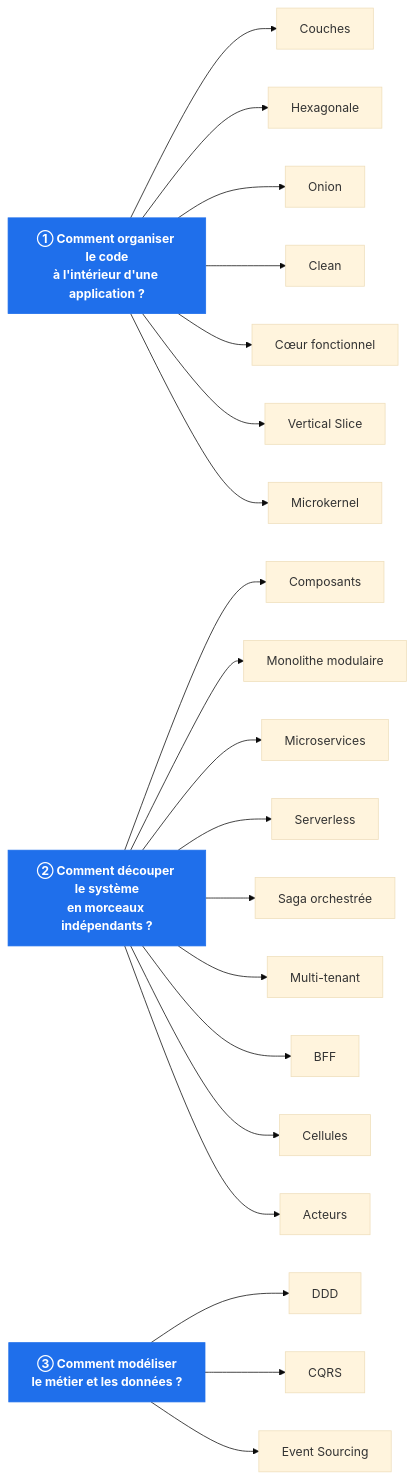
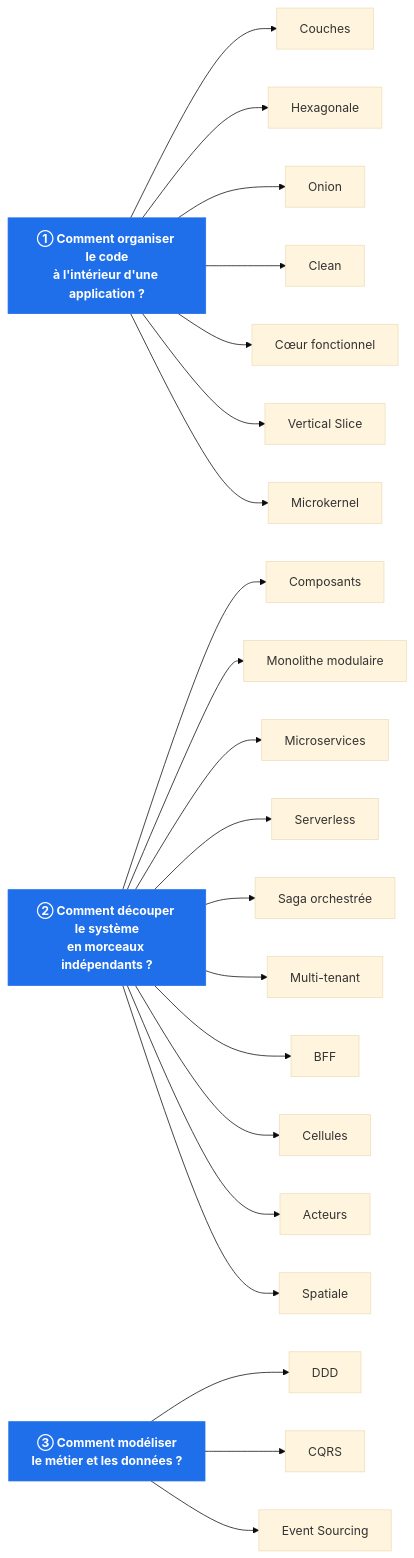
The first of 4 diagrams in Docs/README.md (drangoht/ArchitecturesDemo), drawn with Mermaid (base theme) before and after one commit. The commit also changed other lines of this file and 27 other files, not shown here.

First line of the commit message:
Ajoute la démo Architecture spatiale (space-based)

````diff
--- a/Docs/README.md
+++ b/Docs/README.md
@@ -45,31 +46,32 @@
 ```mermaid
 flowchart LR
     Q1["<b>① Comment organiser le code<br/>à l'intérieur d'une application ?</b>"]
     Q2["<b>② Comment découper le système<br/>en morceaux indépendants ?</b>"]
     Q3["<b>③ Comment modéliser<br/>le métier et les données ?</b>"]
 
     Q1 --> C0["Couches"]
     Q1 --> C1["Hexagonale"]
     Q1 --> C2["Onion"]
     Q1 --> C3["Clean"]
     Q1 --> C4["Cœur fonctionnel"]
     Q1 --> C5["Vertical Slice"]
     Q1 --> C13["Microkernel"]
 
     Q2 --> D6["Composants"]
     Q2 --> D7["Monolithe modulaire"]
     Q2 --> D8["Microservices"]
     Q2 --> D12["Serverless"]
     Q2 --> D14["Saga orchestrée"]
     Q2 --> D15["Multi-tenant"]
     Q2 --> D16["BFF"]
     Q2 --> D17["Cellules"]
     Q2 --> D18["Acteurs"]
+    Q2 --> D19["Spatiale"]
 
     Q3 --> M11["DDD"]
     Q3 --> M9["CQRS"]
     Q3 --> M10["Event Sourcing"]
 
     classDef q fill:#1f6feb,color:#fff,stroke:#1f6feb
     class Q1,Q2,Q3 q
 ```
````
